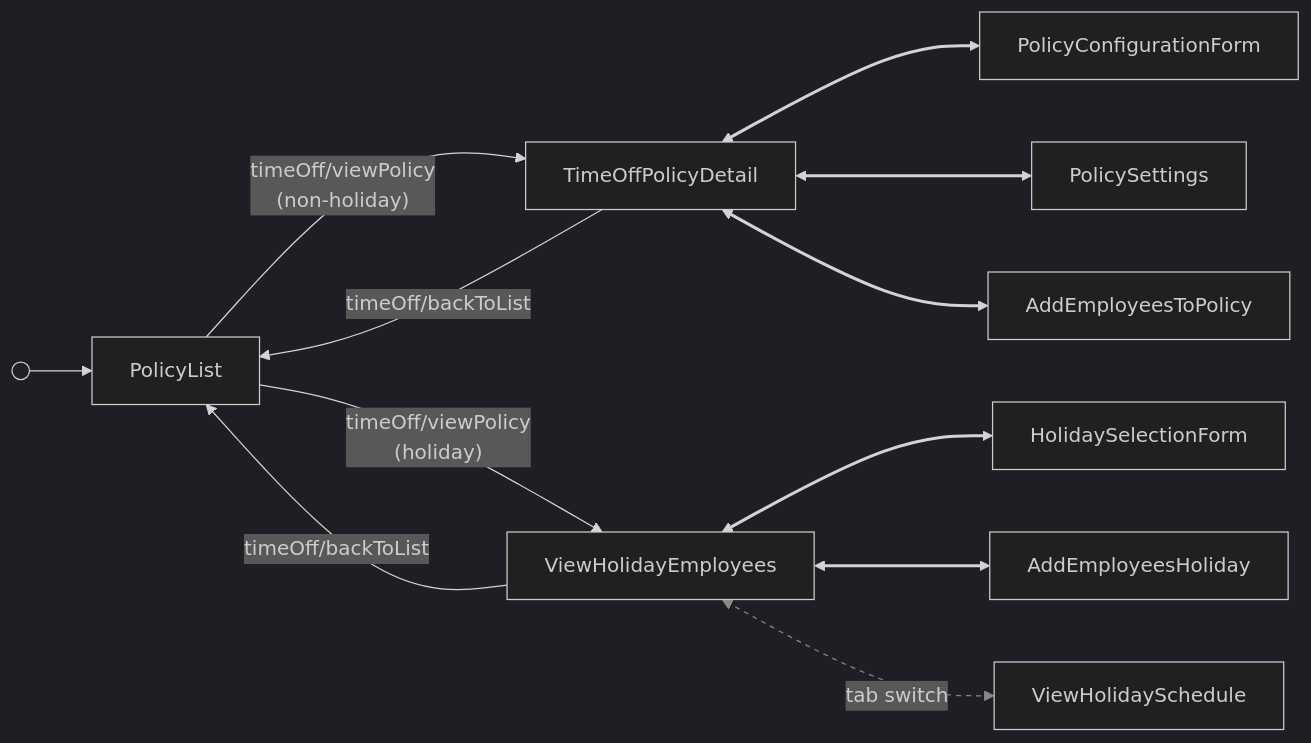
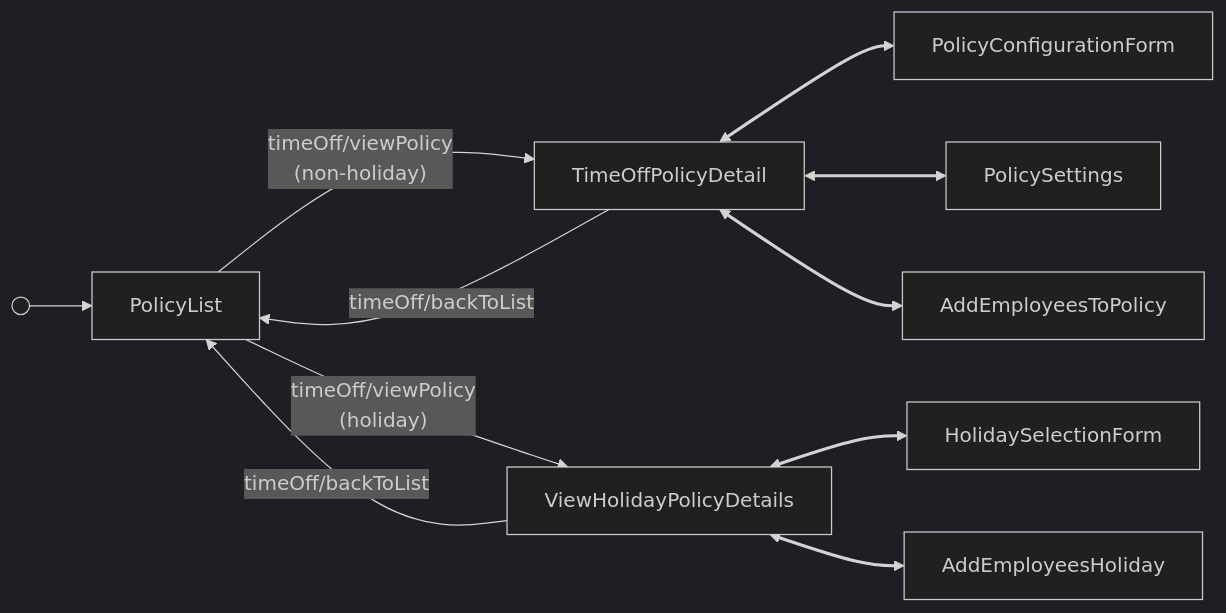
One commit to Gusto/embedded-react-sdk changed the second of 2 diagrams in docs/reference/time-off/time-off-flow.md. Above: the diagram before and after it, drawn with Mermaid (dark theme). The commit also changed other lines of this file and 2 other files, not shown here.

First line of the commit message:
docs(SDK-1071): model Time Off holiday detail as one tabbed view

````diff
--- a/docs/reference/time-off/time-off-flow.md
+++ b/docs/reference/time-off/time-off-flow.md
@@ -133,16 +130,14 @@
 ```mermaid
 flowchart LR
   start@{ shape: sm-circ } --> PolicyList["PolicyList"]
   PolicyList -->|"timeOff/viewPolicy<br/>(non-holiday)"| TimeOffPolicyDetail["TimeOffPolicyDetail"]
   TimeOffPolicyDetail <--> PolicyConfigurationForm["PolicyConfigurationForm"]
   TimeOffPolicyDetail <--> PolicySettings["PolicySettings"]
   TimeOffPolicyDetail <--> AddEmployeesToPolicy["AddEmployeesToPolicy"]
   TimeOffPolicyDetail -->|"timeOff/backToList"| PolicyList
-  PolicyList -->|"timeOff/viewPolicy<br/>(holiday)"| ViewHolidayEmployees["ViewHolidayEmployees"]
-  ViewHolidayEmployees <--> HolidaySelectionForm["HolidaySelectionForm"]
-  ViewHolidayEmployees <--> AddEmployeesHoliday["AddEmployeesHoliday"]
-  ViewHolidayEmployees <-->|"tab switch"| ViewHolidaySchedule["ViewHolidaySchedule"]
-  ViewHolidayEmployees -->|"timeOff/backToList"| PolicyList
+  PolicyList -->|"timeOff/viewPolicy<br/>(holiday)"| ViewHolidayPolicyDetails["ViewHolidayPolicyDetails"]
+  ViewHolidayPolicyDetails <--> HolidaySelectionForm["HolidaySelectionForm"]
+  ViewHolidayPolicyDetails <--> AddEmployeesHoliday["AddEmployeesHoliday"]
+  ViewHolidayPolicyDetails -->|"timeOff/backToList"| PolicyList
   linkStyle 2,3,4,7,8 stroke-width:2.5px
-  linkStyle 9 stroke:#888,stroke-dasharray:4 4
 ```
````
